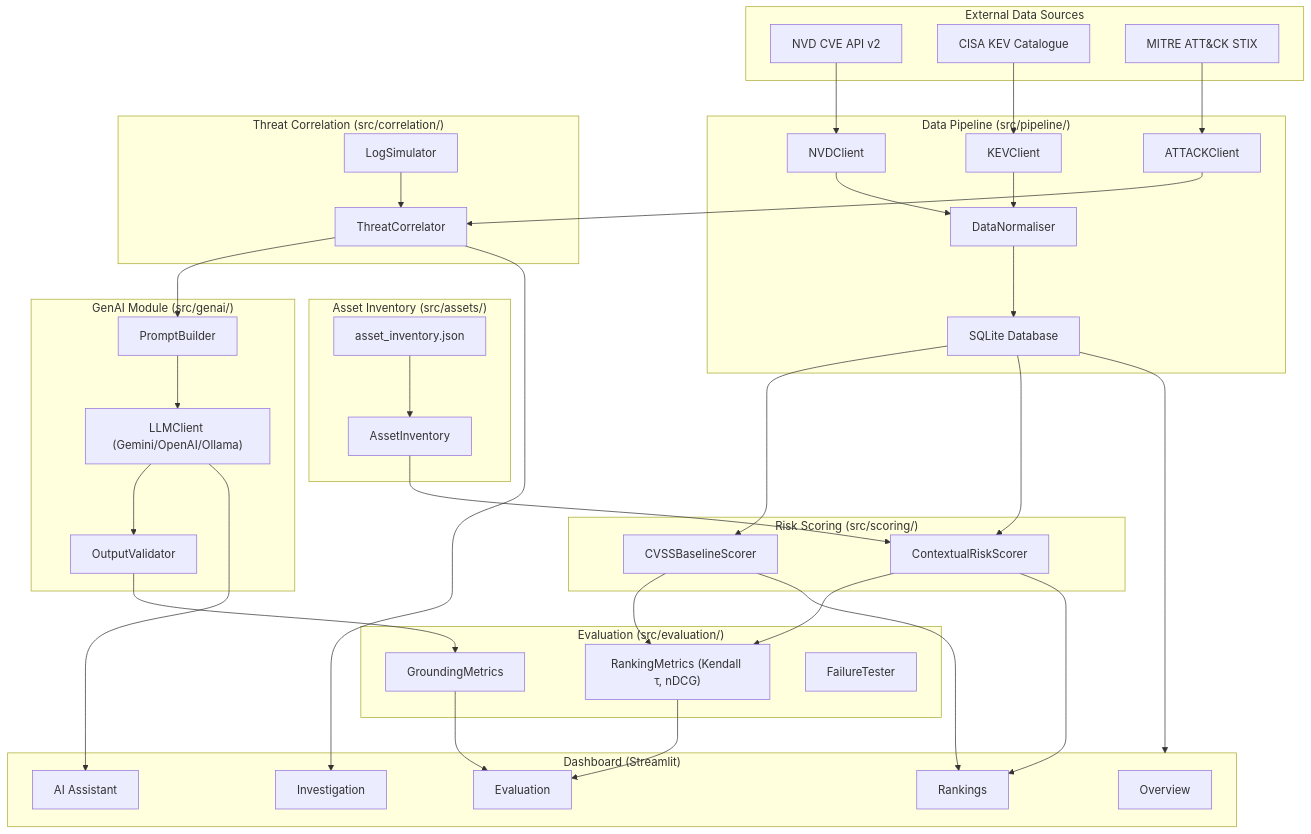
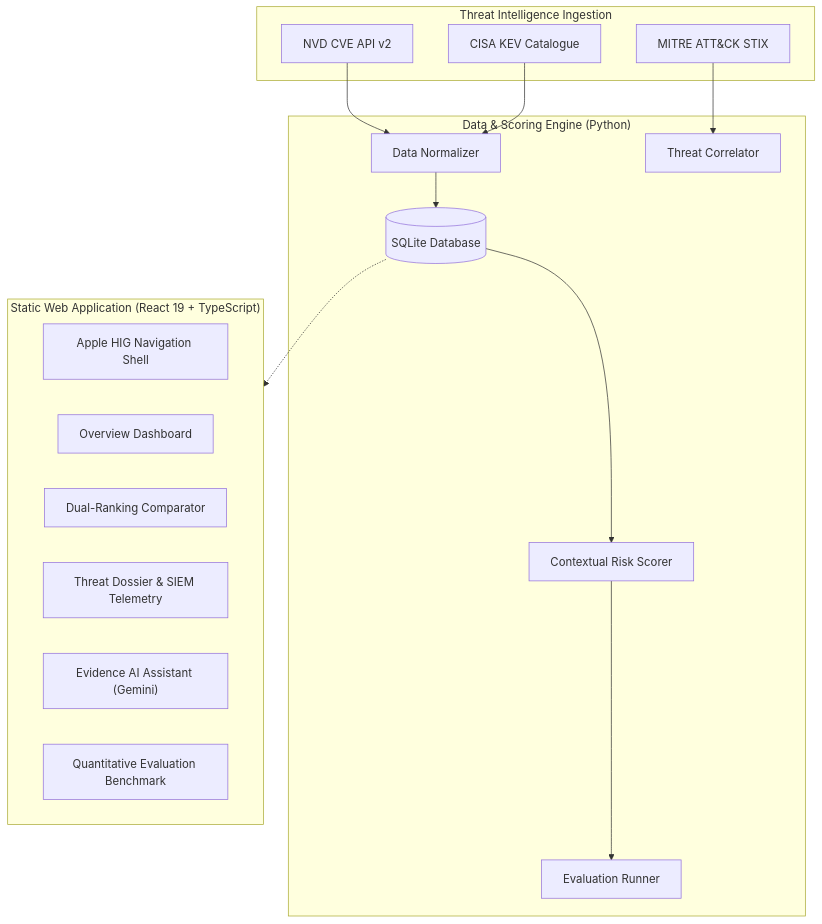
Before and after one commit to daipayanghosal/VulnInvestigator: the diagram in README.md, drawn with Mermaid. The commit also changed other lines of this file and 8 other files, not shown here.

````diff
--- a/README.md
+++ b/README.md
@@ -11,72 +48,33 @@
 ```mermaid
 flowchart TD
-    subgraph Sources["External Data Sources"]
+    subgraph Sources["Threat Intelligence Ingestion"]
         NVD["NVD CVE API v2"]
         KEV["CISA KEV Catalogue"]
         ATT["MITRE ATT&CK STIX"]
     end
 
-    subgraph Pipeline["Data Pipeline (src/pipeline/)"]
-        NC["NVDClient"]
-        KC["KEVClient"]
-        AC["ATTACKClient"]
-        DN["DataNormaliser"]
-        DB["SQLite Database"]
+    subgraph Core["Data & Scoring Engine (Python)"]
+        DN["Data Normalizer"]
+        DB[("SQLite Database")]
+        CRS["Contextual Risk Scorer"]
+        TC["Threat Correlator"]
+        EV["Evaluation Runner"]
     end
 
-    subgraph Assets["Asset Inventory (src/assets/)"]
-        AI["AssetInventory"]
-        AJ["asset_inventory.json"]
+    subgraph Frontend["Static Web Application (React 19 + TypeScript)"]
+        UI["Apple HIG Navigation Shell"]
+        Overview["Overview Dashboard"]
+        Rankings["Dual-Ranking Comparator"]
+        Investigation["Threat Dossier & SIEM Telemetry"]
+        AIAssistant["Evidence AI Assistant (Gemini)"]
+        Evaluation["Quantitative Evaluation Benchmark"]
     end
 
-    subgraph Scoring["Risk Scoring (src/scoring/)"]
-        CBS["CVSSBaselineScorer"]
-        CRS["ContextualRiskScorer"]
-    end
-
-    subgraph Correlation["Threat Correlation (src/correlation/)"]
-        TC["ThreatCorrelator"]
-        LS["LogSimulator"]
-    end
-
-    subgraph GenAI["GenAI Module (src/genai/)"]
-        PB["PromptBuilder"]
-        LC["LLMClient (Gemini/OpenAI/Ollama)"]
-        OV["OutputValidator"]
-    end
-
-    subgraph Eval["Evaluation (src/evaluation/)"]
-        RM["RankingMetrics (Kendall τ, nDCG)"]
-        GM["GroundingMetrics"]
-        FT["FailureTester"]
-    end
-
-    subgraph UI["Dashboard (Streamlit)"]
-        OV_P["Overview"]
-        RK_P["Rankings"]
-        INV_P["Investigation"]
-        AI_P["AI Assistant"]
-        EV_P["Evaluation"]
-    end
-
-    NVD --> NC --> DN
-    KEV --> KC --> DN
-    ATT --> AC --> TC
+    NVD --> DN
+    KEV --> DN
+    ATT --> TC
     DN --> DB
-    AJ --> AI --> CRS
-    DB --> CBS
     DB --> CRS
-    CBS --> RM
-    CRS --> RM
-    TC --> PB
-    LS --> TC
-    PB --> LC --> OV
-    OV --> GM
-    RM --> EV_P
-    GM --> EV_P
-    DB --> UI
-    CRS --> RK_P
-    CBS --> RK_P
-    TC --> INV_P
-    LC --> AI_P
+    CRS --> EV
+    DB -.-> Frontend
 ```
````
